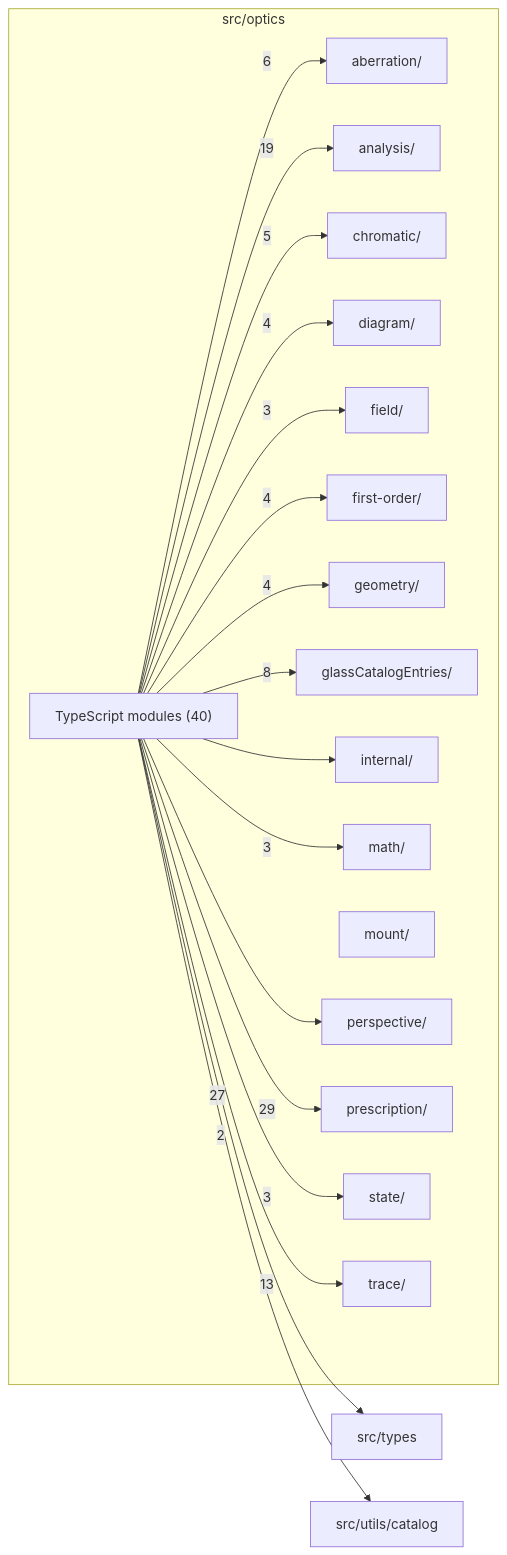
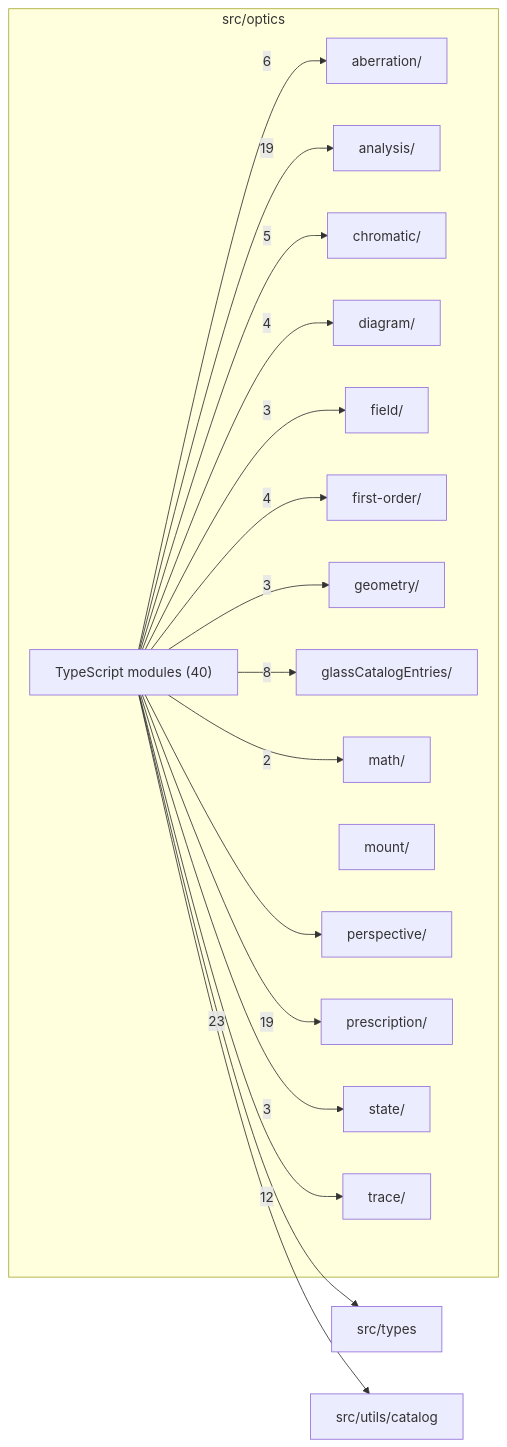
Before and after one commit to BeamFour/LensVisualizer: the diagram in src/optics/readme.md, drawn with Mermaid. The commit also changed other lines of this file and 38 other files, not shown here.

````diff
--- a/src/optics/readme.md
+++ b/src/optics/readme.md
@@ -9,39 +9,37 @@
 ```mermaid
 flowchart LR
   subgraph n_src_optics["src/optics"]
     n_src_optics_src_optics_aberration["aberration/"]
     n_src_optics_src_optics_analysis["analysis/"]
     n_src_optics_src_optics_chromatic["chromatic/"]
     n_src_optics_src_optics_diagram["diagram/"]
     n_src_optics_src_optics_field["field/"]
     n_src_optics_src_optics_first_order["first-order/"]
     n_src_optics_src_optics_geometry["geometry/"]
     n_src_optics_src_optics_glassCatalogEntries["glassCatalogEntries/"]
-    n_src_optics_src_optics_internal["internal/"]
     n_src_optics_src_optics_math["math/"]
     n_src_optics_src_optics_mount["mount/"]
     n_src_optics_src_optics_perspective["perspective/"]
     n_src_optics_src_optics_prescription["prescription/"]
     n_src_optics_src_optics_state["state/"]
     n_src_optics_src_optics_trace["trace/"]
     n_src_optics_TypeScript_modules["TypeScript modules (40)"]
   end
   n_external_src_types["src/types"]
   n_external_src_utils_catalog["src/utils/catalog"]
-  n_src_optics_TypeScript_modules --> |29| n_src_optics_src_optics_prescription
-  n_src_optics_TypeScript_modules --> |27| n_external_src_types
+  n_src_optics_TypeScript_modules --> |23| n_external_src_types
   n_src_optics_TypeScript_modules --> |19| n_src_optics_src_optics_analysis
-  n_src_optics_TypeScript_modules --> |13| n_src_optics_src_optics_trace
+  n_src_optics_TypeScript_modules --> |19| n_src_optics_src_optics_prescription
+  n_src_optics_TypeScript_modules --> |12| n_src_optics_src_optics_trace
   n_src_optics_TypeScript_modules --> |8| n_src_optics_src_optics_glassCatalogEntries
   n_src_optics_TypeScript_modules --> |6| n_src_optics_src_optics_aberration
   n_src_optics_TypeScript_modules --> |5| n_src_optics_src_optics_chromatic
   n_src_optics_TypeScript_modules --> |4| n_src_optics_src_optics_diagram
   n_src_optics_TypeScript_modules --> |4| n_src_optics_src_optics_first_order
-  n_src_optics_TypeScript_modules --> |4| n_src_optics_src_optics_geometry
   n_src_optics_TypeScript_modules --> |3| n_src_optics_src_optics_field
-  n_src_optics_TypeScript_modules --> |3| n_src_optics_src_optics_math
+  n_src_optics_TypeScript_modules --> |3| n_src_optics_src_optics_geometry
   n_src_optics_TypeScript_modules --> |3| n_src_optics_src_optics_state
-  n_src_optics_TypeScript_modules --> |2| n_external_src_utils_catalog
-  n_src_optics_TypeScript_modules --> n_src_optics_src_optics_internal
+  n_src_optics_TypeScript_modules --> |2| n_src_optics_src_optics_math
+  n_src_optics_TypeScript_modules --> n_external_src_utils_catalog
   n_src_optics_TypeScript_modules --> n_src_optics_src_optics_perspective
 ```
````
